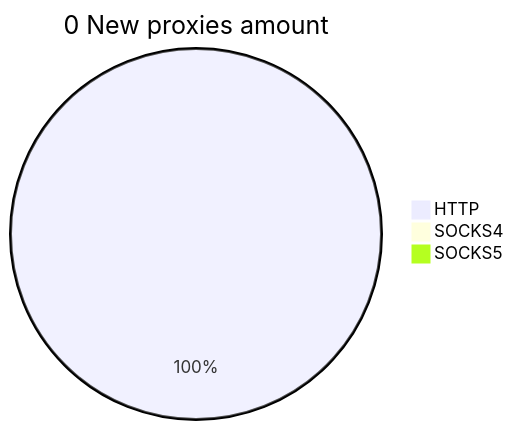
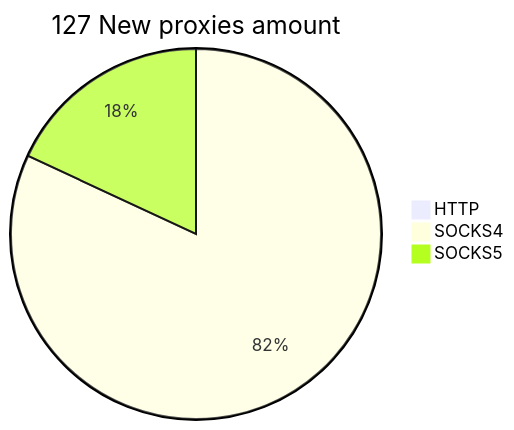
The second of 2 diagrams in README.md (cutipu/proxylist), drawn with Mermaid before and after one commit. The commit also changed other lines of this file, not shown here.

````diff
--- a/README.md
+++ b/README.md
@@ -10,6 +10,6 @@
 ```mermaid
-pie title 0 New proxies amount
-    "HTTP" : 2
-    "SOCKS4" : 0
-    "SOCKS5" : 0
+pie title 127 New proxies amount
+    "HTTP" : 0
+    "SOCKS4" : 127
+    "SOCKS5" : 28
 ```
````
